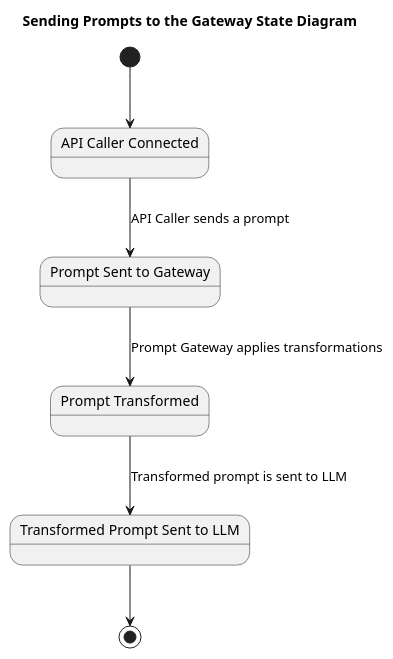
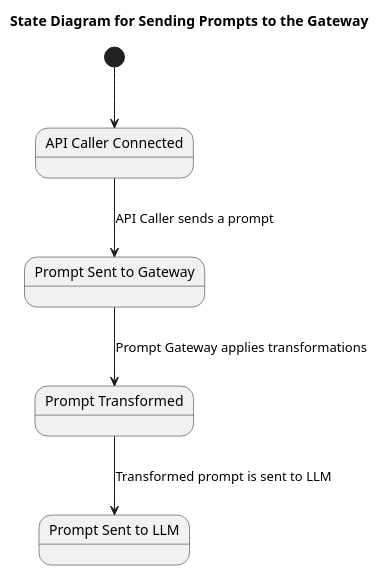
Before and after one commit to o2alexanderfedin/AI-demos: the fifth of 21 diagrams in Design_Document_Prompt_Gateway_RESTful_API_LLM.md, drawn with PlantUML. The commit also changed other lines of this file, not shown here.

````diff
--- a/Design_Document_Prompt_Gateway_RESTful_API_LLM.md
+++ b/Design_Document_Prompt_Gateway_RESTful_API_LLM.md
@@ -154,17 +179,15 @@
 ```plantuml
 @startuml
-title Sending Prompts to the Gateway State Diagram
+title State Diagram for Sending Prompts to the Gateway
 
-state "API Caller Connected" as S1
-state "Prompt Sent to Gateway" as S2
-state "Prompt Transformed" as S3
-state "Transformed Prompt Sent to LLM" as S4
+state "API Caller Connected" as start
+state "Prompt Sent to Gateway" as sent
+state "Prompt Transformed" as transformed
+state "Prompt Sent to LLM" as end
 
-[*] --> S1
-S1 --> S2 : API Caller sends a prompt
-S2 --> S3 : Prompt Gateway applies transformations
-S3 --> S4 : Transformed prompt is sent to LLM
-S4 --> [*]
-
+[*] --> start
+start --> sent : API Caller sends a prompt
+sent --> transformed : Prompt Gateway applies transformations
+transformed --> end : Transformed prompt is sent to LLM
 @enduml
 ```
````
